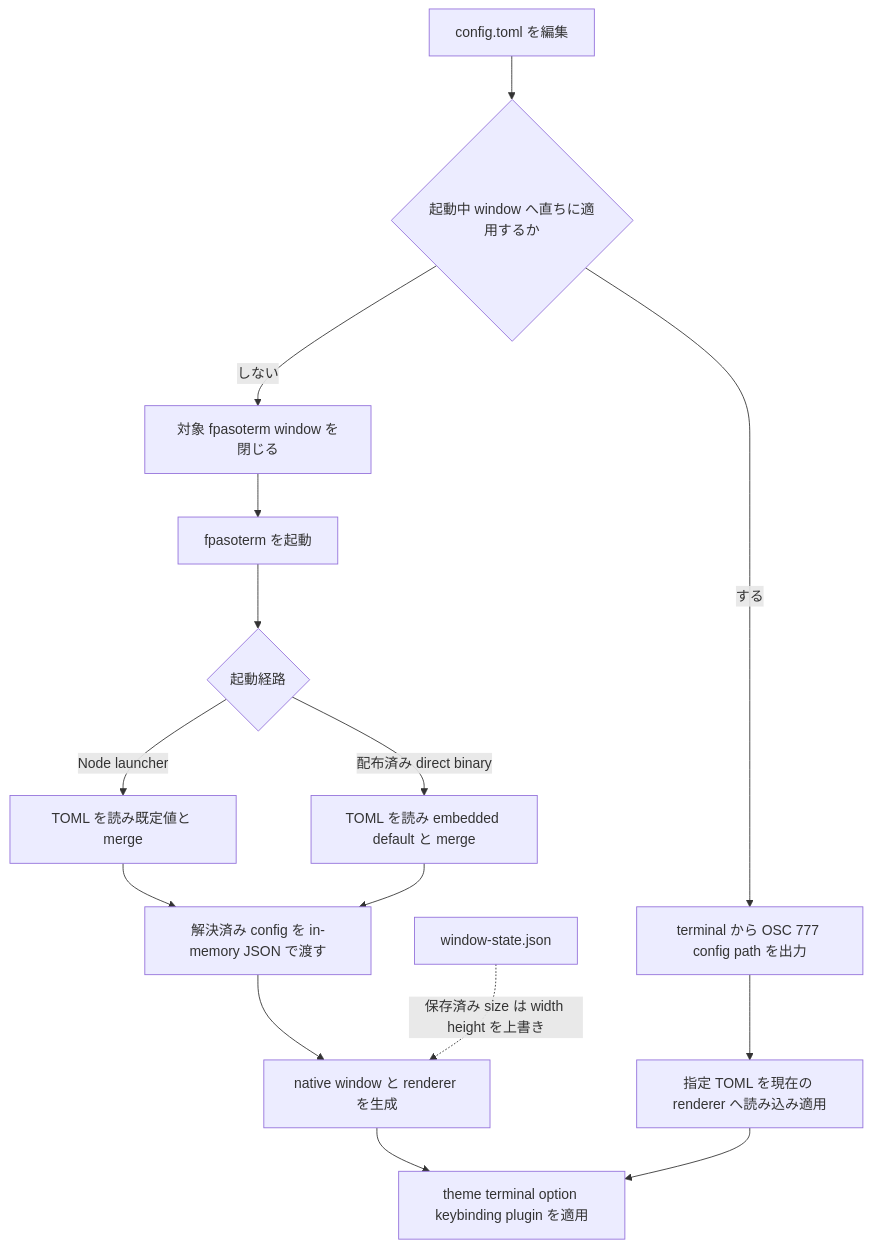
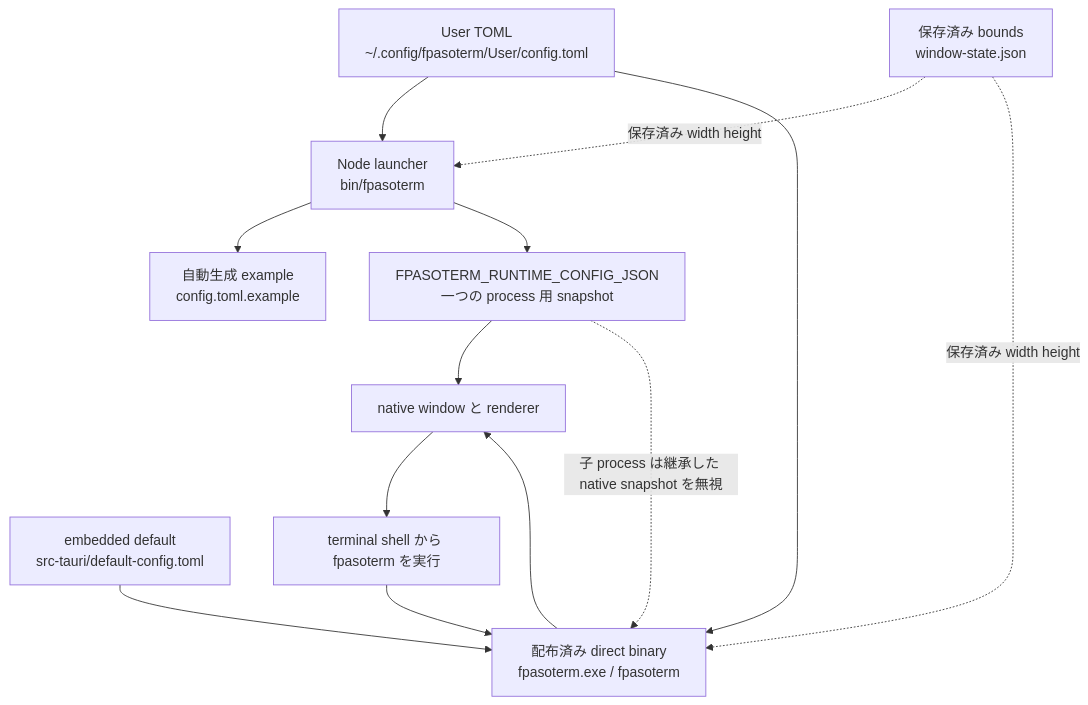
The diagram in docs/config.ja.md (oyoguhito/fpasoterm), drawn with Mermaid before and after one commit. The commit also changed other lines of this file and 3 other files, not shown here.

Commit message:
Reload terminal-launched windows from config

````diff
--- a/docs/config.ja.md
+++ b/docs/config.ja.md
@@ -38,17 +38,23 @@
 ```mermaid
 flowchart TD
-  A[config.toml を編集] --> B{起動中 window へ直ちに適用するか}
-  B -->|しない| C[対象 fpasoterm window を閉じる]
-  C --> D[fpasoterm を起動]
-  D --> E{起動経路}
-  E -->|Node launcher| F[TOML を読み既定値と merge]
-  E -->|配布済み direct binary| G[TOML を読み embedded default と merge]
-  F --> H[解決済み config を in-memory JSON で渡す]
-  G --> H
-  H --> I[native window と renderer を生成]
-  I --> J[theme terminal option keybinding plugin を適用]
-  B -->|する| K[terminal から OSC 777 config path を出力]
-  K --> L[指定 TOML を現在の renderer へ読み込み適用]
-  L --> J
-  M[window-state.json] -. 保存済み size は width height を上書き .-> I
+  U["User TOML<br/>~/.config/fpasoterm/User/config.toml"]
+  X["自動生成 example<br/>config.toml.example"]
+  S["保存済み bounds<br/>window-state.json"]
+  N["Node launcher<br/>bin/fpasoterm"]
+  E["embedded default<br/>src-tauri/default-config.toml"]
+  D["配布済み direct binary<br/>fpasoterm.exe / fpasoterm"]
+  J["FPASOTERM_RUNTIME_CONFIG_JSON<br/>一つの process 用 snapshot"]
+  W["native window と renderer"]
+  T["terminal shell から fpasoterm を実行"]
+
+  U --> N
+  N --> X
+  S -. 保存済み width height .-> N
+  N --> J --> W
+  U --> D
+  E --> D
+  S -. 保存済み width height .-> D
+  D --> W
+  W --> T --> D
+  J -. 子 process は継承した native snapshot を無視 .-> D
 ```
````
